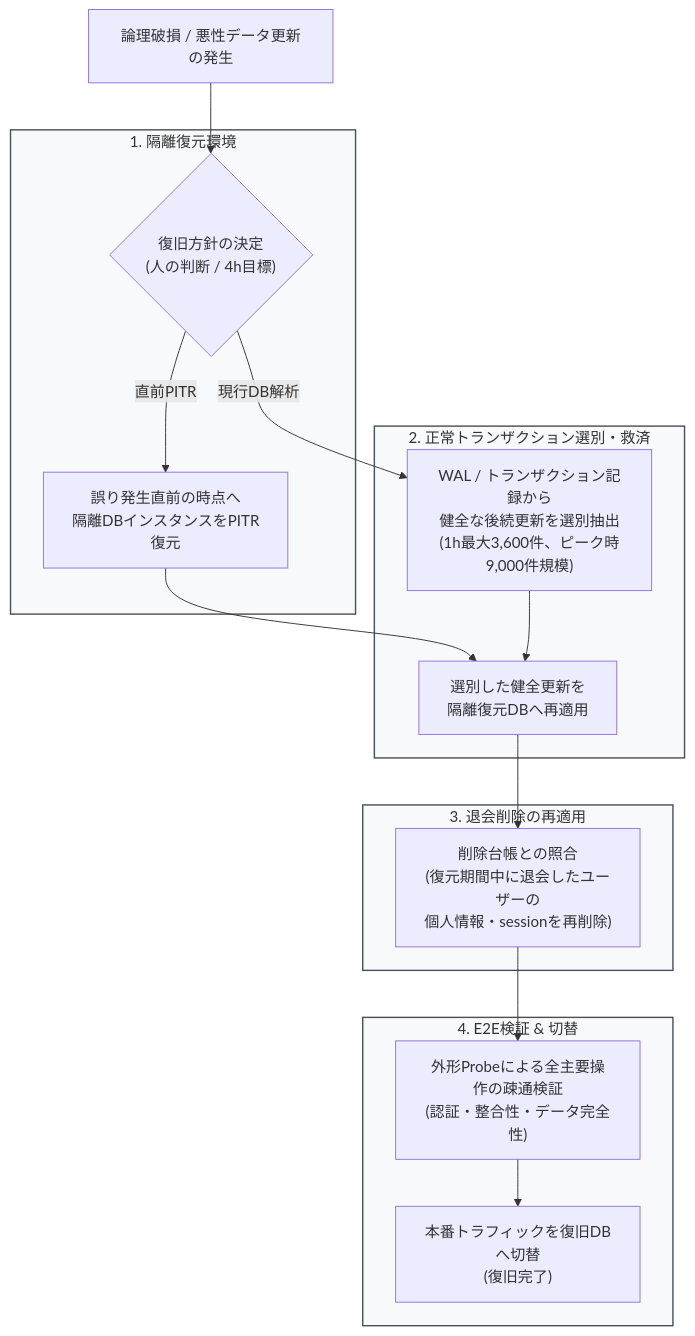
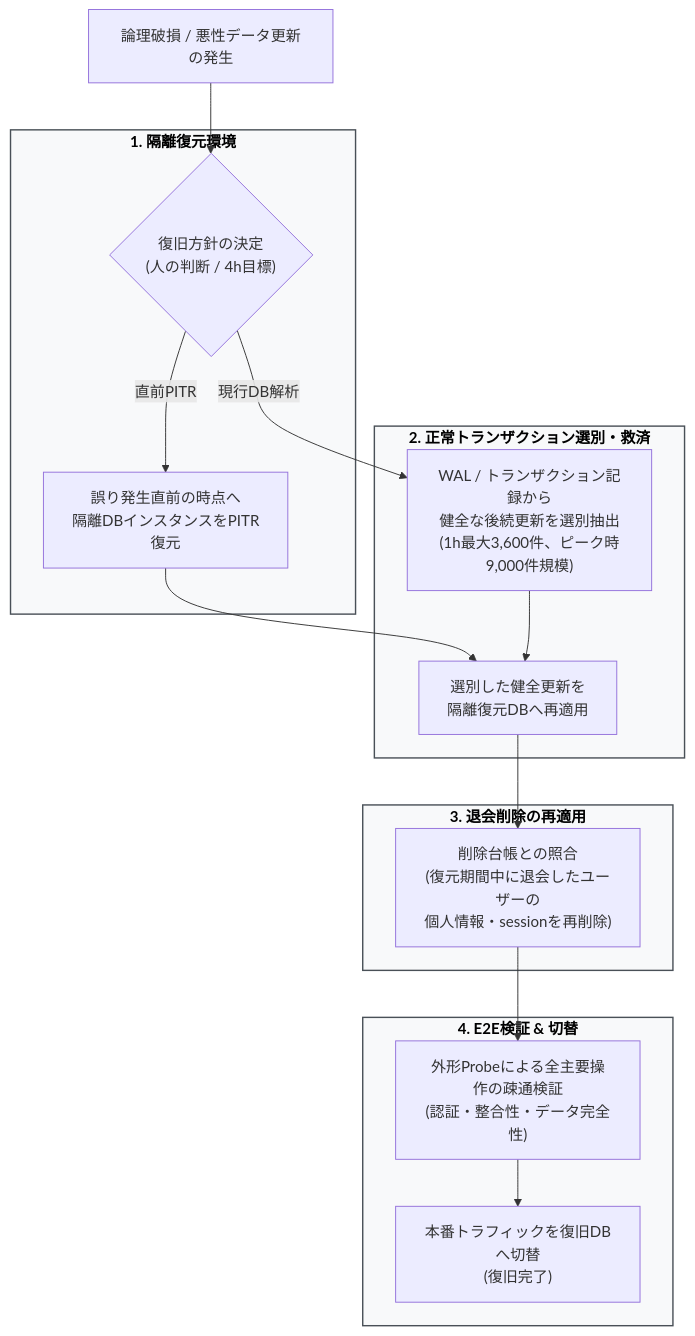
Before and after one commit to moruku36/cloud-validation-level3-astra-light: the fourth of 6 diagrams in experiments/B/B-1/comparison.md, drawn with Mermaid. The commit also changed 2 other files, not shown here.

Commit message:
fix(diagram): improve text contrast and readability in dark mode

````diff
--- a/experiments/B/B-1/comparison.md
+++ b/experiments/B/B-1/comparison.md
@@ -223,26 +223,26 @@
 ```mermaid
 flowchart TD
     E["論理破損 / 悪性データ更新の発生"] --> D{"復旧方針の決定<br/>(人の判断 / 4h目標)"}
     
     subgraph Isolation["1. 隔離復元環境"]
         D -->|直前PITR| PITR["誤り発生直前の時点へ<br/>隔離DBインスタンスをPITR復元"]
     end
     
     subgraph Rescue["2. 正常トランザクション選別・救済"]
         D -->|現行DB解析| Log["WAL / トランザクション記録から<br/>健全な後続更新を選別抽出<br/>(1h最大3,600件、ピーク時9,000件規模)"]
         PITR --> Apply["選別した健全更新を<br/>隔離復元DBへ再適用"]
         Log --> Apply
     end
     
     subgraph Deletion["3. 退会削除の再適用"]
         Apply --> Ledger["削除台帳との照合<br/>(復元期間中に退会したユーザーの<br/>個人情報・sessionを再削除)"]
     end
     
     subgraph Verification["4. E2E検証 & 切替"]
         Ledger --> Verify["外形Probeによる全主要操作の疎通検証<br/>(認証・整合性・データ完全性)"]
         Verify --> Cutover["本番トラフィックを復旧DBへ切替<br/>(復旧完了)"]
     end
 
-    classDef stage fill:#f8f9fa,stroke:#495057,stroke-width:1.5px;
+    classDef stage fill:#f8f9fa,stroke:#495057,stroke-width:1.5px,color:#000000,font-weight:bold;
     class Isolation,Rescue,Deletion,Verification stage;
 ```
````
